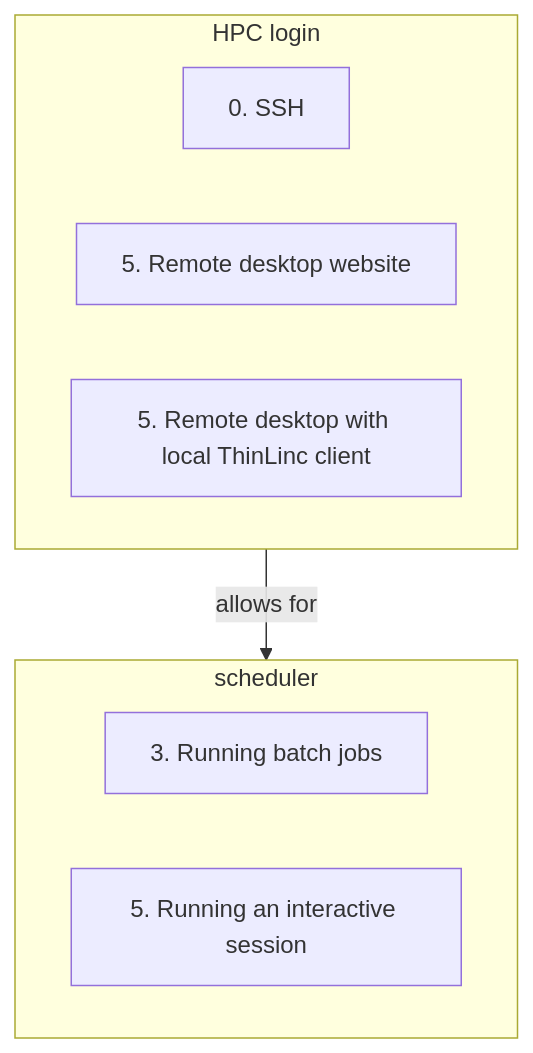
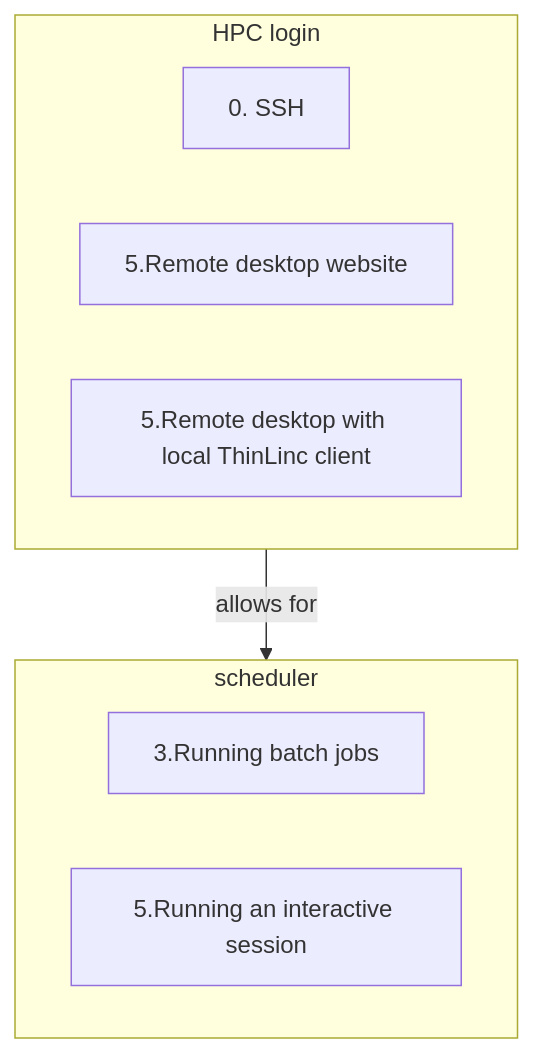
Before and after one commit to UPPMAX/R-python-julia-matlab-HPC: the diagram in docs/r/intro_r_overview_course_login_and_scheduler.mmd, drawn with Mermaid. The commit also changed 6 other files, not shown here.

Commit message:
Fix mermaid markdown, progress #68

```diff
--- a/docs/r/intro_r_overview_course_login_and_scheduler.mmd
+++ b/docs/r/intro_r_overview_course_login_and_scheduler.mmd
@@ -1,13 +1,13 @@
 flowchart TD
 
     subgraph login[HPC login]
       ssh[0. SSH]
-      remote_desktop_website[5. Remote desktop website]
-      remote_desktop_local_thinlinc_client[5. Remote desktop with local ThinLinc client]
+      remote_desktop_website[5.Remote desktop website]
+      remote_desktop_local_thinlinc_client[5.Remote desktop with local ThinLinc client]
     end
     subgraph scheduler[scheduler]
-      running_batch_jobs[3. Running batch jobs]
-      running_interactive_session[5. Running an interactive session]
+      running_batch_jobs[3.Running batch jobs]
+      running_interactive_session[5.Running an interactive session]
     end
   
     login --> |allows for| scheduler
```
